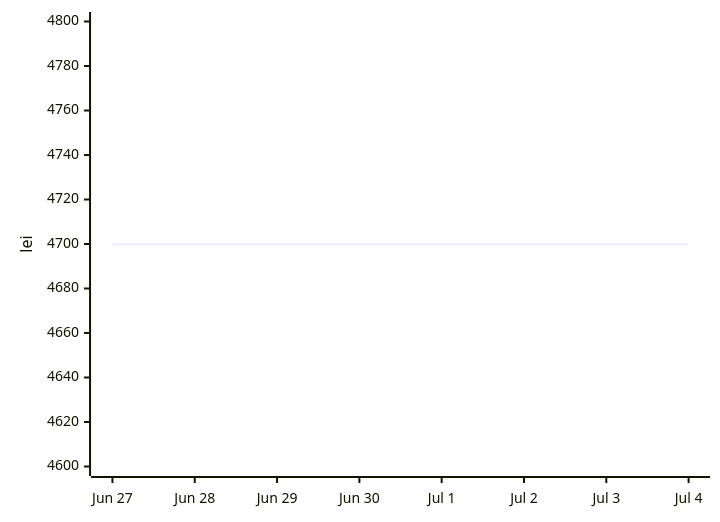
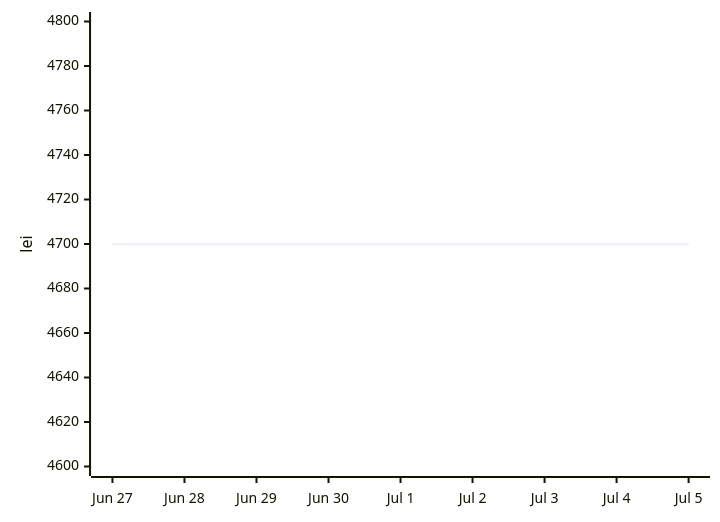
Before and after one commit to anagheioan/laptop-price-monitor: the first of 2 diagrams in README.md, drawn with Mermaid. The commit also changed other lines of this file and 1 other file, not shown here.

Commit message:
Price check 2026-07-05

````diff
--- a/README.md
+++ b/README.md
@@ -21,6 +21,6 @@
 ```mermaid
 xychart-beta
-    x-axis ["Jun 27", "Jun 28", "Jun 29", "Jun 30", "Jul 1", "Jul 2", "Jul 3", "Jul 4"]
+    x-axis ["Jun 27", "Jun 28", "Jun 29", "Jun 30", "Jul 1", "Jul 2", "Jul 3", "Jul 4", "Jul 5"]
     y-axis "lei" 4600 --> 4800
-    line [4699.9, 4699.9, 4699.9, 4699.9, 4699.9, 4699.9, 4699.9, 4699.9]
+    line [4699.9, 4699.9, 4699.9, 4699.9, 4699.9, 4699.9, 4699.9, 4699.9, 4699.9]
 ```
````
